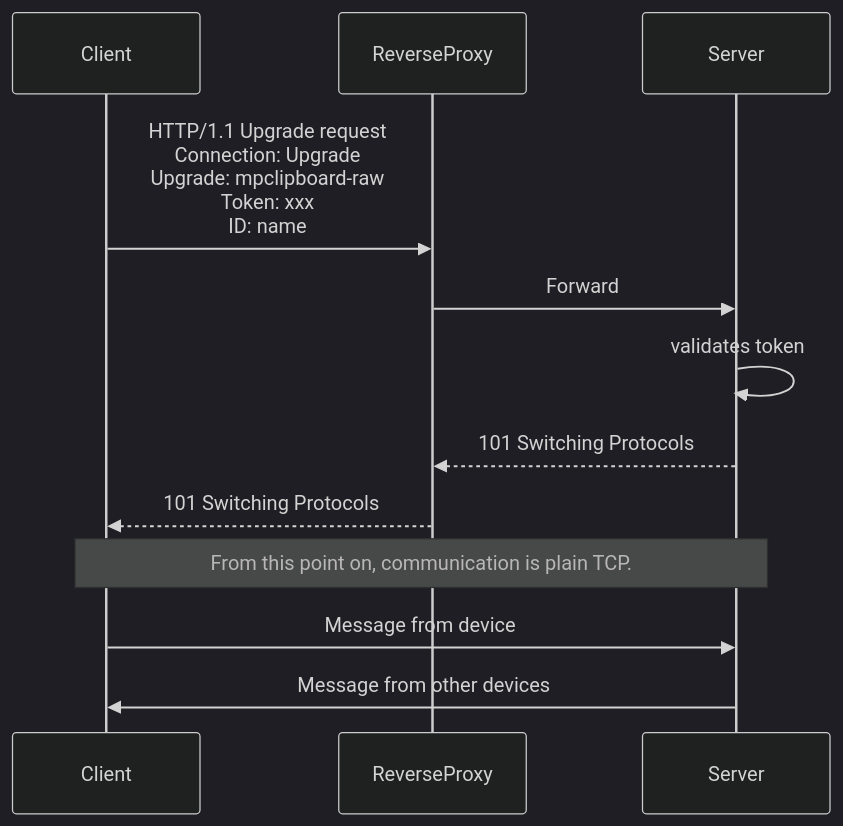
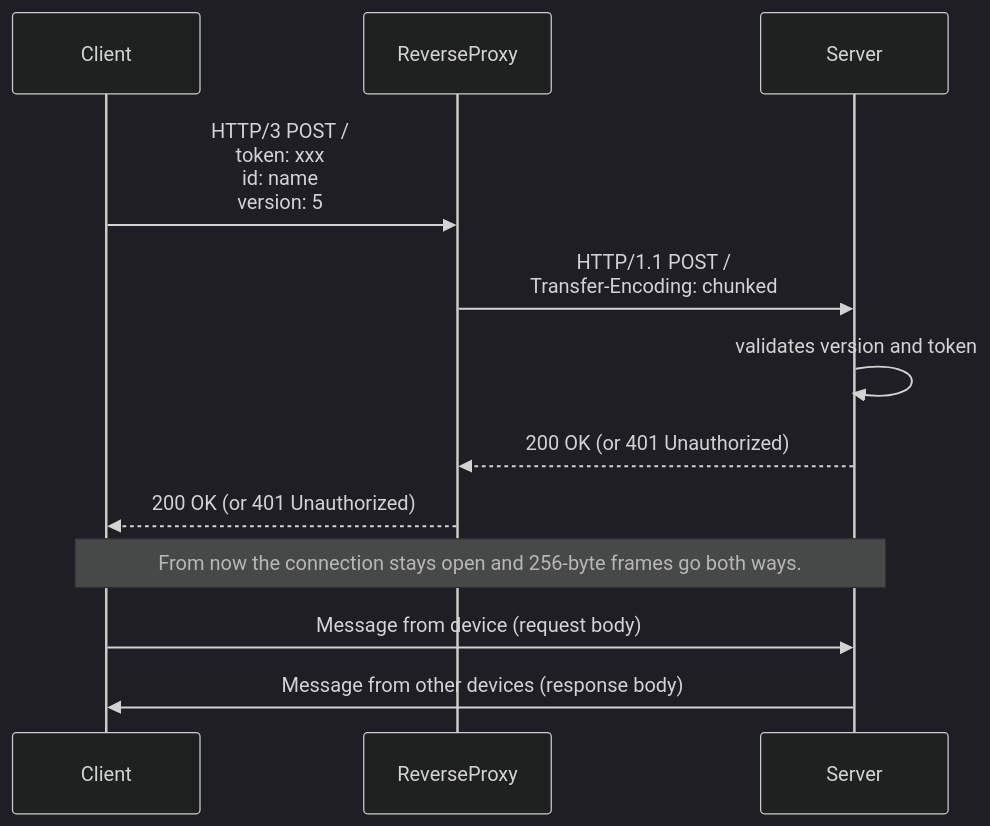
The diagram in server/README.md (iliabylich/mpclipboard), drawn with Mermaid (dark theme) before and after one commit. The commit also changed other lines of this file and 3 other files, not shown here.

````diff
--- a/server/README.md
+++ b/server/README.md
@@ -64,15 +77,15 @@
 ```mermaid
 sequenceDiagram
     participant Client
     participant ReverseProxy
     participant Server
 
-    Client->>ReverseProxy: HTTP/1.1 Upgrade request<br/>Connection: Upgrade<br/>Upgrade: mpclipboard-raw<br/>Token: xxx<br/>ID: name
-    ReverseProxy->>Server: Forward
-    Server->>Server: validates token
-    Server-->>ReverseProxy: 101 Switching Protocols
-    ReverseProxy-->>Client: 101 Switching Protocols
-    Note over Client,Server: From this point on, communication is plain TCP.
-    Client->>Server: Message from device
-    Server->>Client: Message from other devices
+    Client->>ReverseProxy: HTTP/3 POST /<br/>token: xxx<br/>id: name<br/>version: 5
+    ReverseProxy->>Server: HTTP/1.1 POST /<br/>Transfer-Encoding: chunked
+    Server->>Server: validates version and token
+    Server-->>ReverseProxy: 200 OK (or 401 Unauthorized)
+    ReverseProxy-->>Client: 200 OK (or 401 Unauthorized)
+    Note over Client,Server: From now the connection stays open and 256-byte frames go both ways.
+    Client->>Server: Message from device (request body)
+    Server->>Client: Message from other devices (response body)
 ```
````
